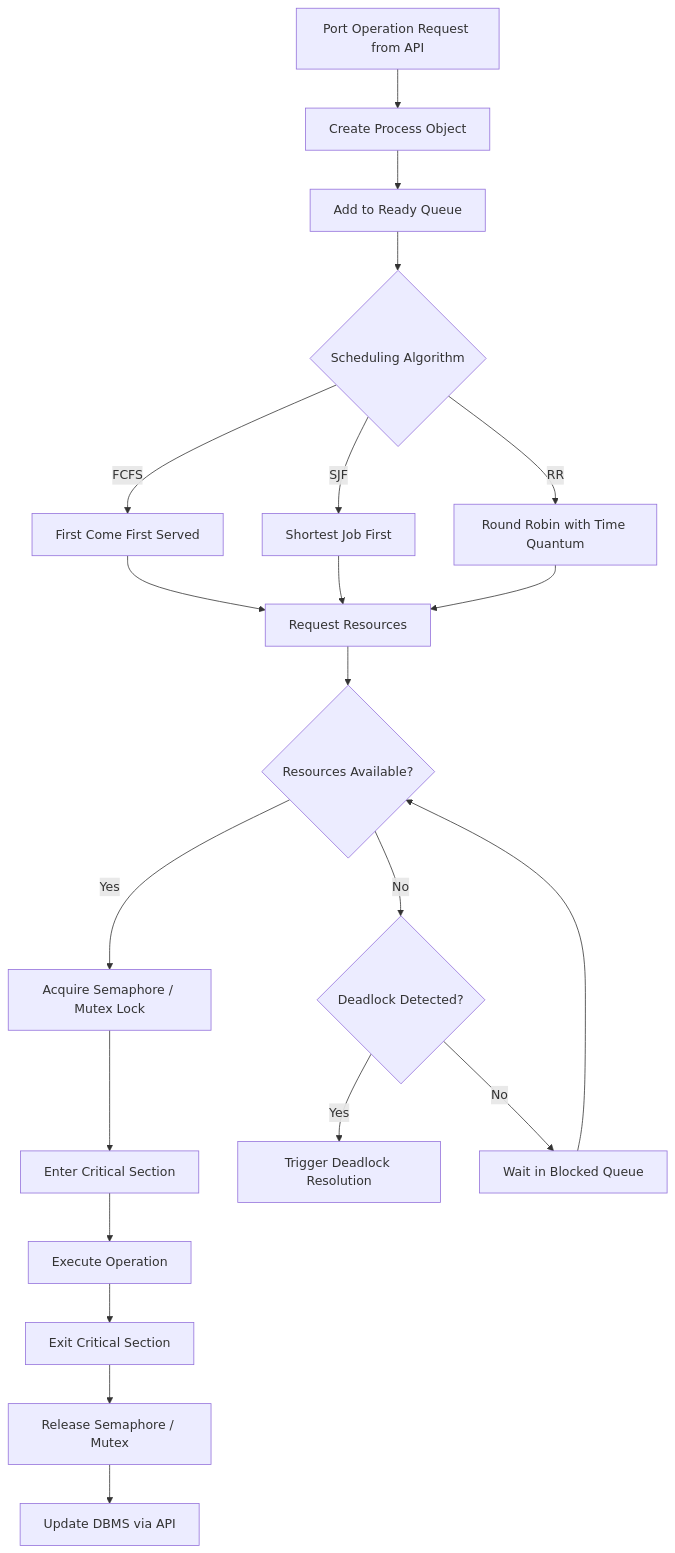
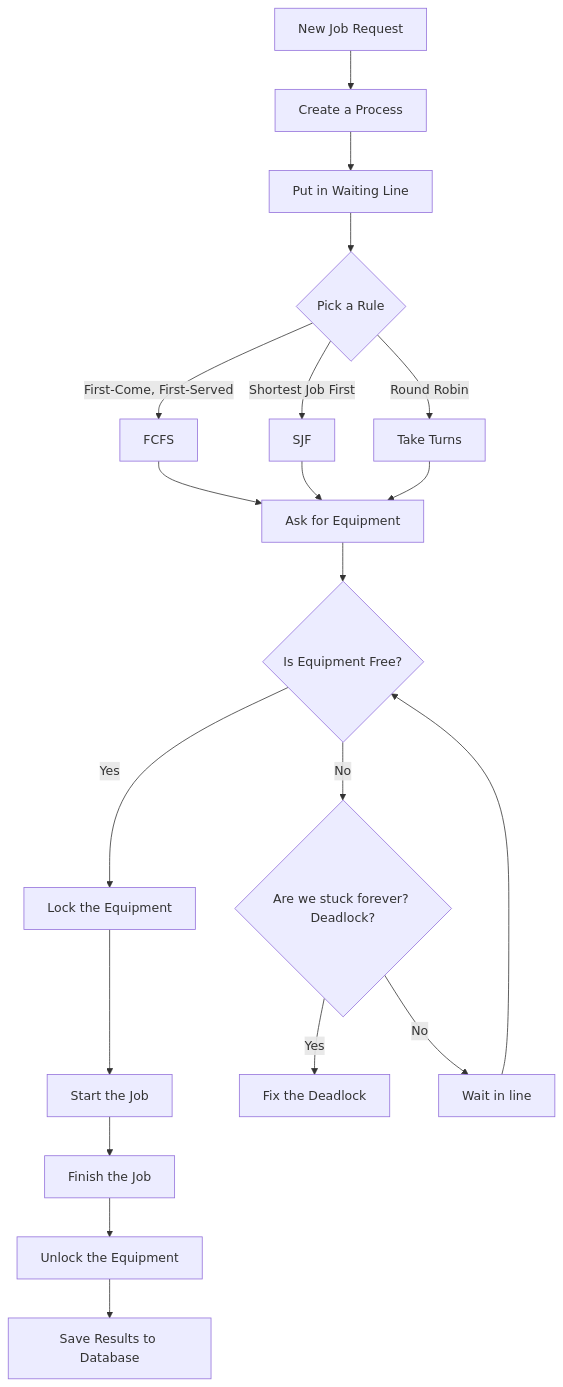
Before and after one commit to Sujalkathait/PortFlow: the third of 8 diagrams in README.md, drawn with Mermaid. The commit also changed other lines of this file, not shown here.

````diff
--- a/README.md
+++ b/README.md
@@ -151,23 +153,22 @@
 ```mermaid
 flowchart TD
-    A[Port Operation Request from API] --> B[Create Process Object]
-    B --> C[Add to Ready Queue]
-    C --> D{Scheduling Algorithm}
-    D --> |FCFS| E1[First Come First Served]
-    D --> |SJF| E2[Shortest Job First]
-    D --> |RR| E3[Round Robin with Time Quantum]
-    E1 --> F[Request Resources]
+    A[New Job Request] --> B[Create a Process]
+    B --> C[Put in Waiting Line]
+    C --> D{Pick a Rule}
+    D --> |First-Come, First-Served| E1[FCFS]
+    D --> |Shortest Job First| E2[SJF]
+    D --> |Round Robin| E3[Take Turns]
+    E1 --> F[Ask for Equipment]
     E2 --> F
     E3 --> F
-    F --> G{Resources Available?}
-    G -- Yes --> H[Acquire Semaphore / Mutex Lock]
-    H --> I[Enter Critical Section]
-    I --> J[Execute Operation]
-    J --> K[Exit Critical Section]
-    K --> L[Release Semaphore / Mutex]
-    L --> M[Update DBMS via API]
-    G -- No --> N{Deadlock Detected?}
-    N -- Yes --> O[Trigger Deadlock Resolution]
-    N -- No --> P[Wait in Blocked Queue]
+    F --> G{Is Equipment Free?}
+    G -- Yes --> H[Lock the Equipment]
+    H --> I[Start the Job]
+    I --> J[Finish the Job]
+    J --> K[Unlock the Equipment]
+    K --> L[Save Results to Database]
+    G -- No --> N{Are we stuck forever? Deadlock?}
+    N -- Yes --> O[Fix the Deadlock]
+    N -- No --> P[Wait in line]
     P --> G
 ```
````
